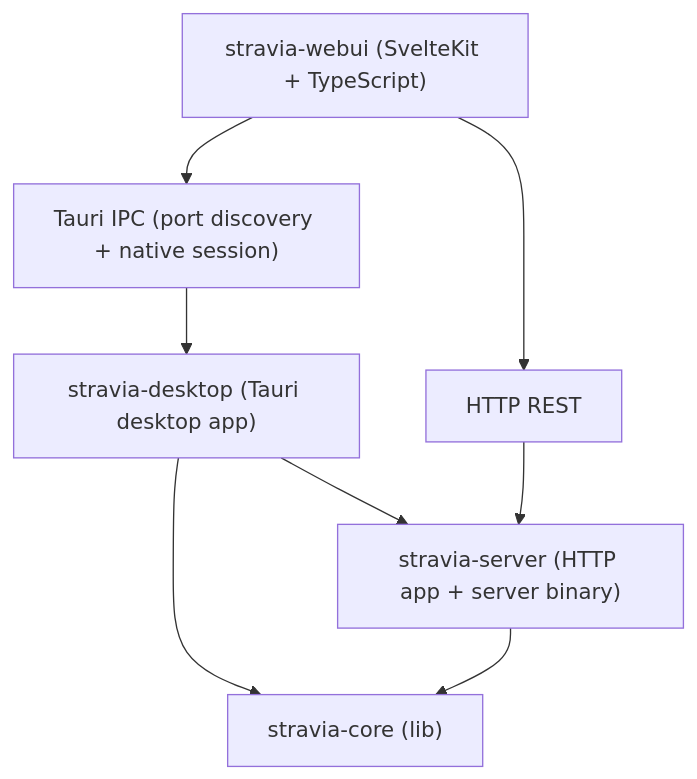
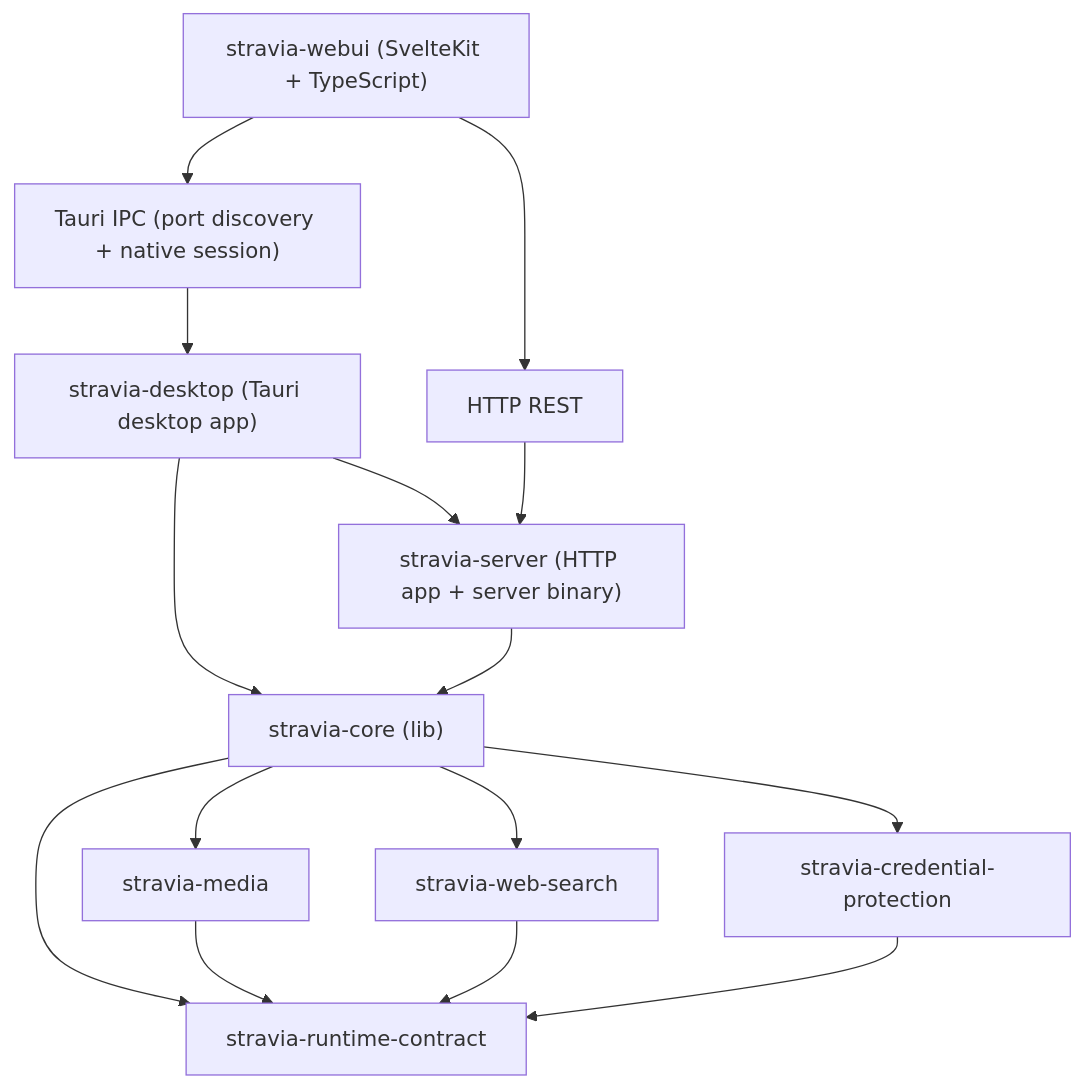
One commit to Stravia-AI/StraviaPlatform changed the diagram in docs/design/architecture.md. Above: the diagram before and after it, drawn with Mermaid. The commit also changed other lines of this file and 310 other files, not shown here.

````diff
--- a/docs/design/architecture.md
+++ b/docs/design/architecture.md
@@ -220,17 +212,28 @@
 ```mermaid
 graph TD
     straviaCoreLib["stravia-core (lib)"]
     desktopApp["stravia-desktop (Tauri desktop app)"]
     serverApp["stravia-server (HTTP app + server binary)"]
     webui["stravia-webui (SvelteKit + TypeScript)"]
     tauriIPC["Tauri IPC (port discovery + native session)"]
     httpREST["HTTP REST"]
+    runtimeContract["stravia-runtime-contract"]
+    mediaCapability["stravia-media"]
+    searchCapability["stravia-web-search"]
+    credentialCapability["stravia-credential-protection"]
 
     desktopApp --> straviaCoreLib
     desktopApp --> serverApp
     serverApp --> straviaCoreLib
+    straviaCoreLib --> runtimeContract
+    straviaCoreLib --> mediaCapability
+    straviaCoreLib --> searchCapability
+    straviaCoreLib --> credentialCapability
+    mediaCapability --> runtimeContract
+    searchCapability --> runtimeContract
+    credentialCapability --> runtimeContract
     webui --> tauriIPC
     webui --> httpREST
     tauriIPC --> desktopApp
     httpREST --> serverApp
 ```
````
